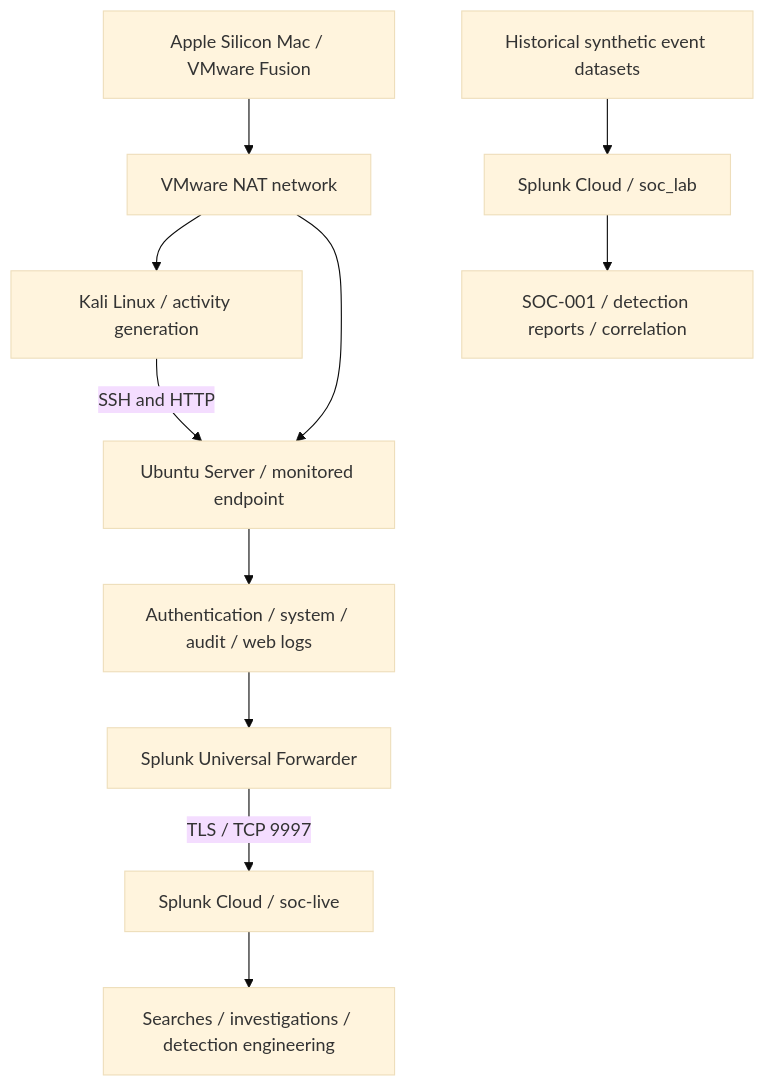
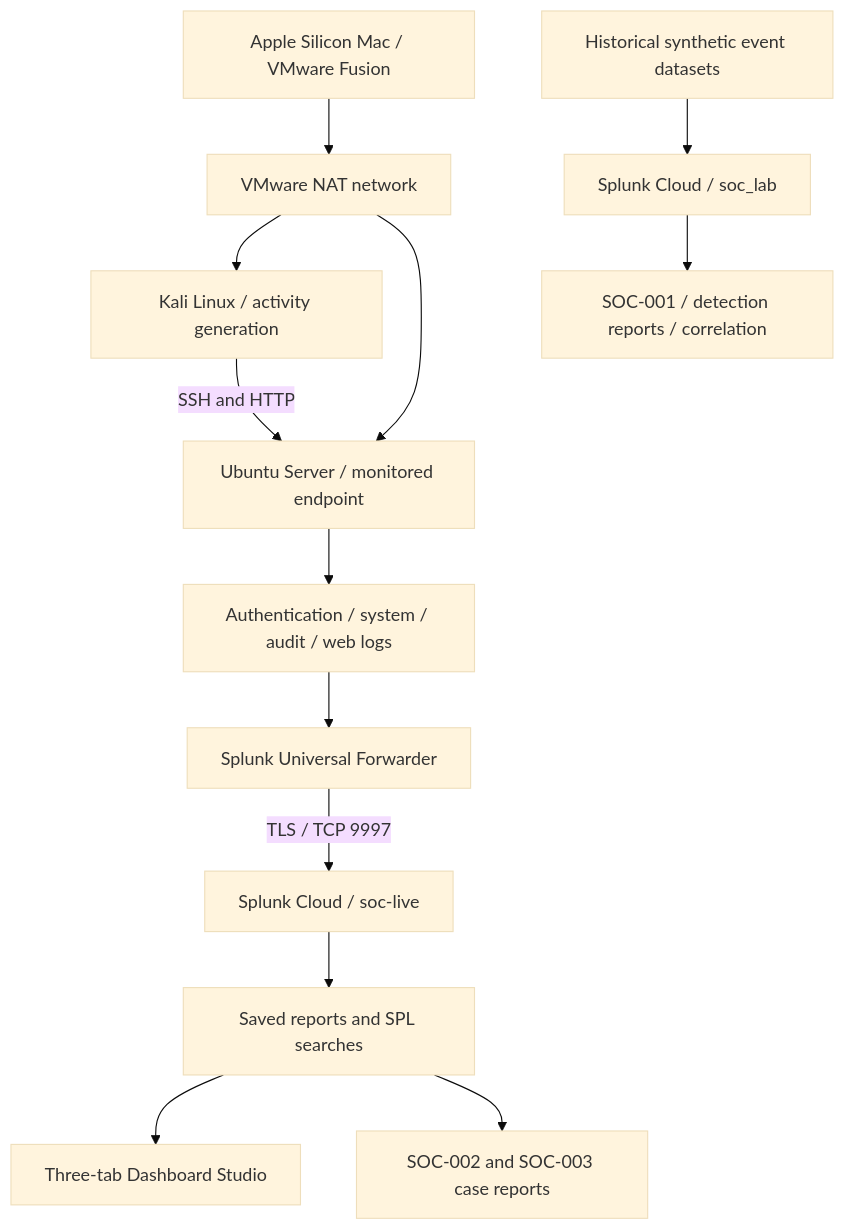
Before and after one commit to chasemad/Splunk-Lab: the diagram in README.md, drawn with Mermaid (base theme). The commit also changed other lines of this file, not shown here.

Commit message:
docs: link analyst resources and refine architecture and evidence statuses

````diff
--- a/README.md
+++ b/README.md
@@ -28,13 +30,15 @@
 ```mermaid
 flowchart TD
   A[Apple Silicon Mac / VMware Fusion] --> B[VMware NAT network]
   B --> K[Kali Linux / activity generation]
   B --> U[Ubuntu Server / monitored endpoint]
   K -->|SSH and HTTP| U
   U --> T[Authentication / system / audit / web logs]
   T --> F[Splunk Universal Forwarder]
   F -->|TLS / TCP 9997| S[Splunk Cloud / soc-live]
-  S --> D[Searches / investigations / detection engineering]
+  S --> D[Saved reports and SPL searches]
+  D --> W[Three-tab Dashboard Studio]
+  D --> C[SOC-002 and SOC-003 case reports]
   H[Historical synthetic event datasets] --> L[Splunk Cloud / soc_lab]
   L --> I[SOC-001 / detection reports / correlation]
 ```
````
